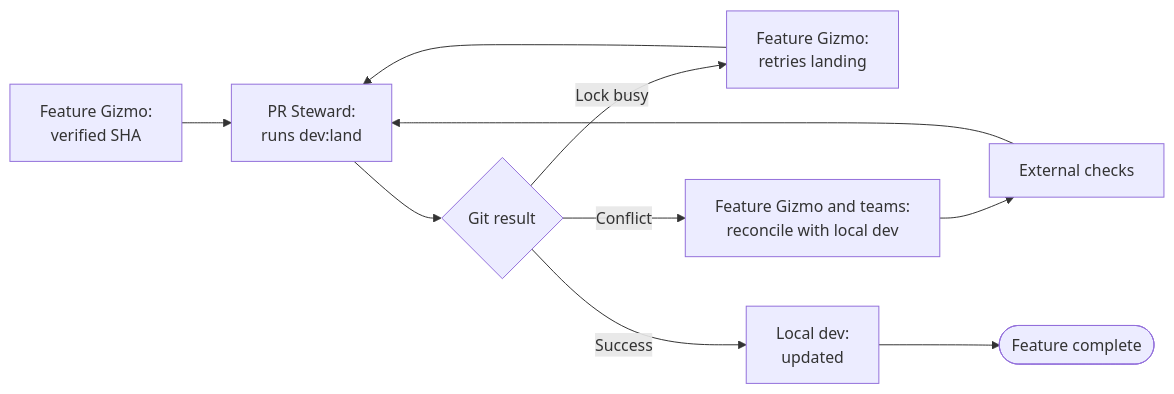
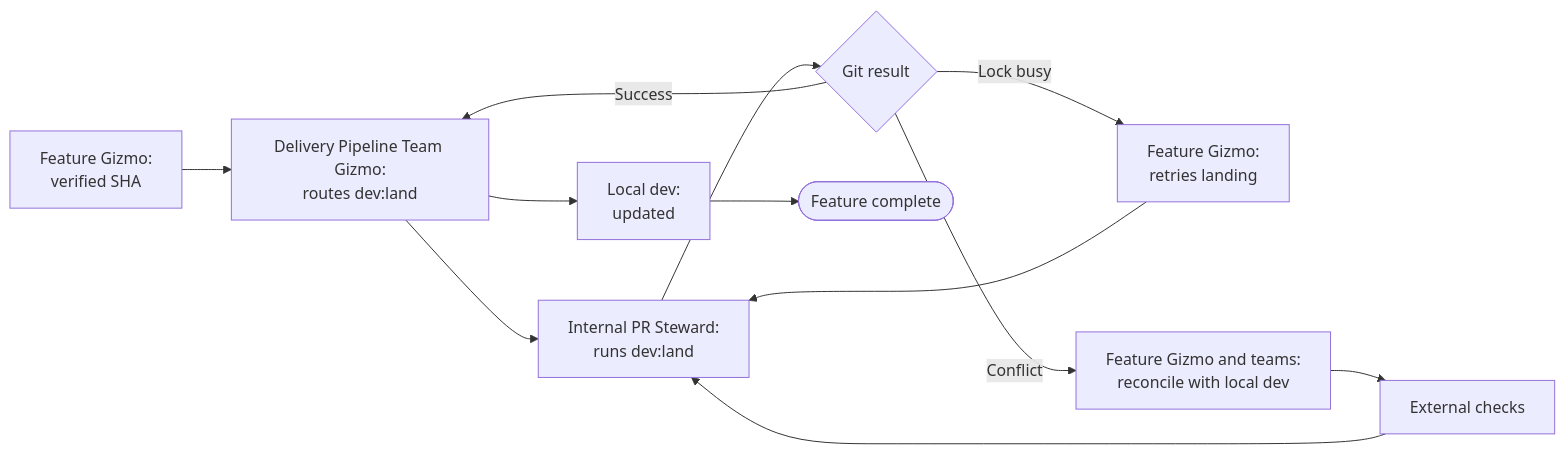
One commit to meta-secret/nook changed the ninth of 12 diagrams in .cortex/gizmo/architecture/multiagent-delivery-diagrams.md. Above: the diagram before and after it, drawn with Mermaid. The commit also changed other lines of this file and 14 other files, not shown here.

Commit message:
docs: formalize delivery pipeline routing

````diff
--- a/.cortex/gizmo/architecture/multiagent-delivery-diagrams.md
+++ b/.cortex/gizmo/architecture/multiagent-delivery-diagrams.md
@@ -229,16 +324,17 @@
 ```mermaid
 flowchart LR
     Gizmo["Feature Gizmo:<br/>verified SHA"]
-    Landing["PR Steward:<br/>runs dev:land"]
+    Pipeline["Delivery Pipeline Team Gizmo:<br/>routes dev:land"]
+    Landing["Internal PR Steward:<br/>runs dev:land"]
     Result{"Git result"}
     Retry["Feature Gizmo:<br/>retries landing"]
     Resolve["Feature Gizmo and teams:<br/>reconcile with local dev"]
     Checks["External checks"]
     Dev["Local dev:<br/>updated"]
     Complete([Feature complete])
 
-    Gizmo --> Landing --> Result
+    Gizmo --> Pipeline --> Landing --> Result
     Result -- Lock busy --> Retry --> Landing
     Result -- Conflict --> Resolve --> Checks --> Landing
-    Result -- Success --> Dev --> Complete
+    Result -- Success --> Pipeline --> Dev --> Complete
 ```
````
